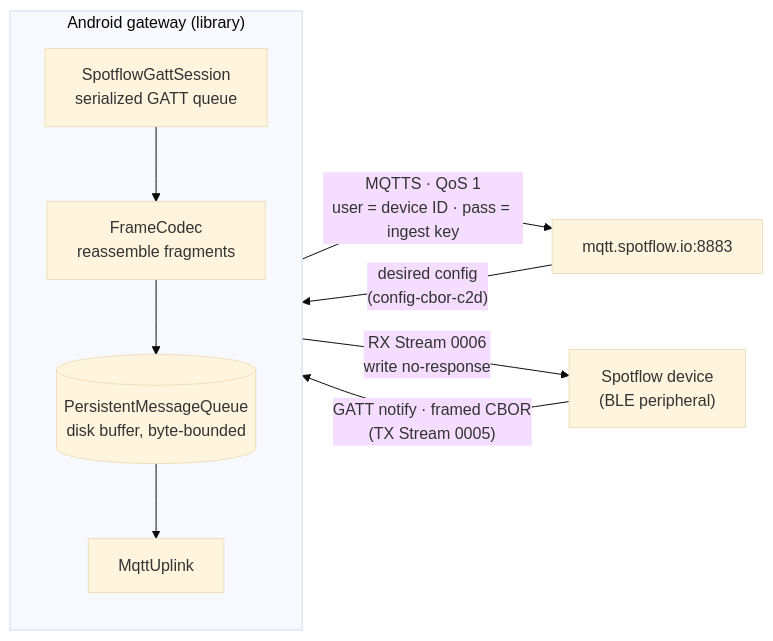
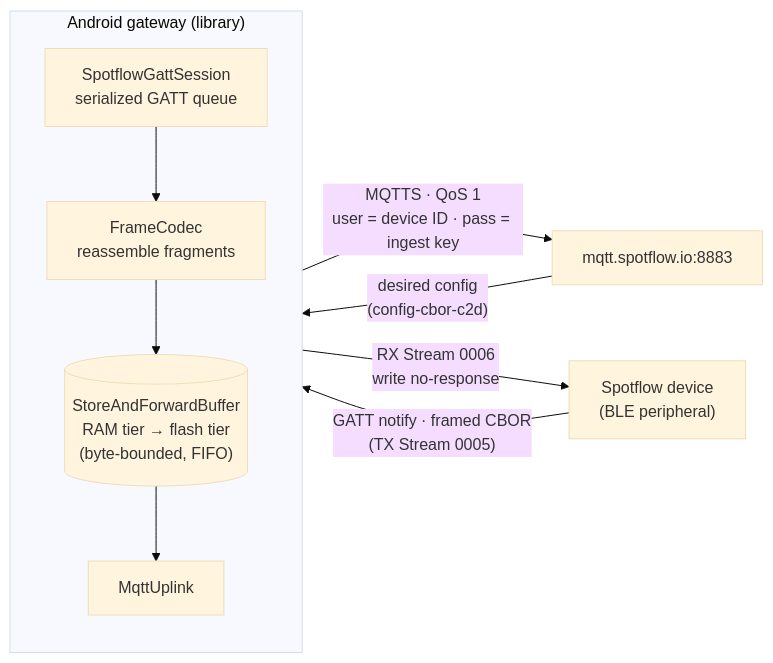
The first of 2 diagrams in README.md (kucerah0nza/spotflow-android-gateway), drawn with Mermaid (base theme) before and after one commit. The commit also changed other lines of this file, not shown here.

First line of the commit message:
Docs: reflect the RAM+flash tiered buffer everywhere

````diff
--- a/README.md
+++ b/README.md
@@ -25,20 +25,20 @@
 ```mermaid
 flowchart LR
     D["Spotflow device<br/>(BLE peripheral)"]
 
     subgraph G["Android gateway (library)"]
         direction TB
         S["SpotflowGattSession<br/>serialized GATT queue"]
         F["FrameCodec<br/>reassemble fragments"]
-        B[("PersistentMessageQueue<br/>disk buffer, byte-bounded")]
+        B[("StoreAndForwardBuffer<br/>RAM tier → flash tier<br/>(byte-bounded, FIFO)")]
         U["MqttUplink"]
         S --> F --> B --> U
     end
 
     C["mqtt.spotflow.io:8883"]
 
     D -- "GATT notify · framed CBOR<br/>(TX Stream 0005)" --> S
     U -- "MQTTS · QoS 1<br/>user = device ID · pass = ingest key" --> C
     C -- "desired config<br/>(config-cbor-c2d)" --> U
     U -- "RX Stream 0006<br/>write no-response" --> D
 ```
````
